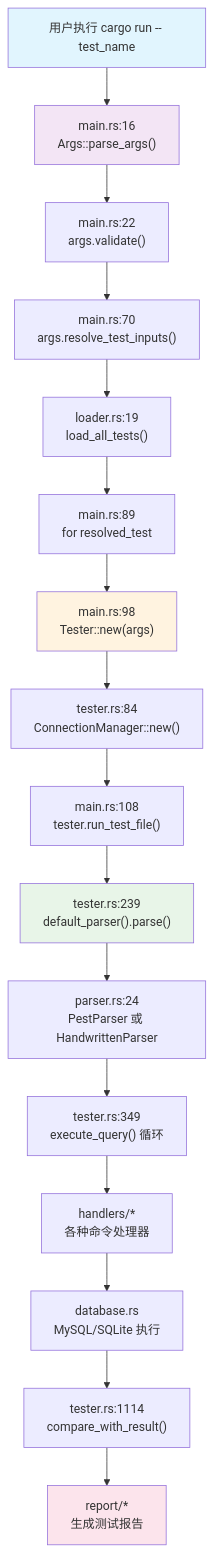
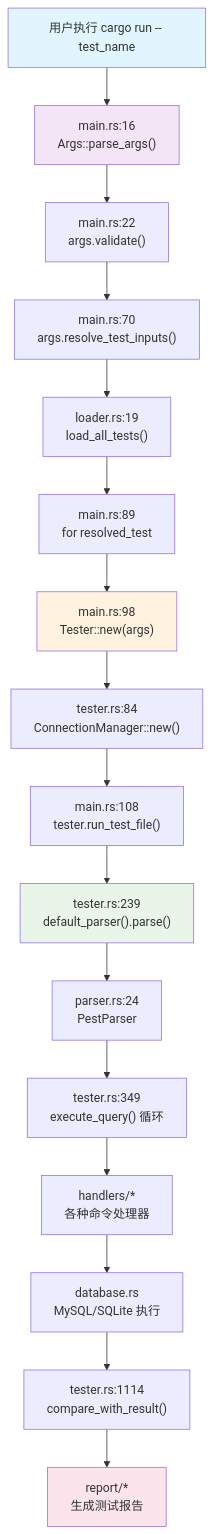
One commit to WSL0809/dingo_test_runner changed the diagram in README.md. Above: the diagram before and after it, drawn with Mermaid. The commit also changed other lines of this file and 6 other files, not shown here.

````diff
--- a/README.md
+++ b/README.md
@@ -36,24 +36,24 @@
 ```mermaid
 graph TD
     A["用户执行 cargo run -- test_name"] --> B["main.rs:16<br/>Args::parse_args()"]
     B --> C["main.rs:22<br/>args.validate()"]
     C --> D["main.rs:70<br/>args.resolve_test_inputs()"]
     D --> E["loader.rs:19<br/>load_all_tests()"]
     E --> F["main.rs:89<br/>for resolved_test"]
     F --> G["main.rs:98<br/>Tester::new(args)"]
     G --> H["tester.rs:84<br/>ConnectionManager::new()"]
     H --> I["main.rs:108<br/>tester.run_test_file()"]
     I --> J["tester.rs:239<br/>default_parser().parse()"]
-    J --> K["parser.rs:24<br/>PestParser 或 HandwrittenParser"]
+    J --> K["parser.rs:24<br/>PestParser"]
     K --> L["tester.rs:349<br/>execute_query() 循环"]
     L --> M["handlers/*<br/>各种命令处理器"]
     M --> N["database.rs<br/>MySQL/SQLite 执行"]
     N --> O["tester.rs:1114<br/>compare_with_result()"]
     O --> P["report/*<br/>生成测试报告"]
     
     style A fill:#e1f5fe
     style B fill:#f3e5f5
     style G fill:#fff3e0
     style J fill:#e8f5e8
     style P fill:#fce4ec
 ```
````
